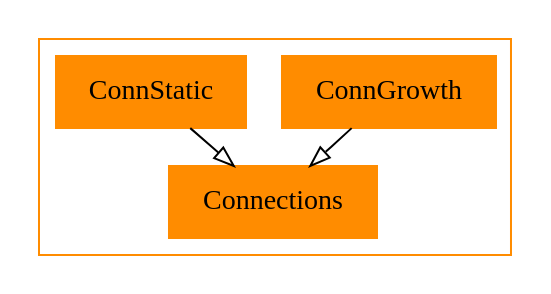
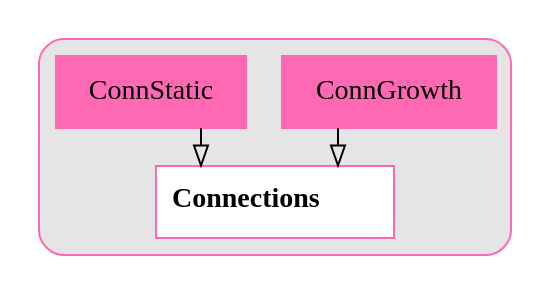
Before and after one commit to UWB-Biocomputing/BrainGrid: the diagram in Tools/DiagramGenerator/ExampleOutputs/dot_subsystems/Connections.dot, drawn with Graphviz. The commit also changed 28 other files, not shown here.

First line of the commit message:
dotGenerator update, new diagrams

```diff
--- a/Tools/DiagramGenerator/ExampleOutputs/dot_subsystems/Connections.dot
+++ b/Tools/DiagramGenerator/ExampleOutputs/dot_subsystems/Connections.dot
@@ -1,31 +1,35 @@
 digraph{
+	 graph [splines=ortho]
 
 	subgraph clusterConnections {
-		color = darkorange
-		node [shape = record, color = darkorange];
+		style = rounded
+		bgcolor = grey90
+		color = hotpink
+		node [shape = record, color = hotpink];
 
 		ConnGrowth[label = ConnGrowth, style = filled];
 		ConnStatic[label = ConnStatic, style = filled];
 		Connections[label = Connections, style = filled];
+		Connections[label =< <B> Connections</B>>, style = bold, fillcolor = white, style = filled];
 
 
 		//------LAYOUT FOR SUBGRAPH------
 
 
 		rankdir = BT; // Rank Direction Bottom to Top
-		nodesep = 0.96; // Node Separation
-		ranksep = 0.96; // Rank Separation
+		nodesep = 1.3; // Node Separation
+		ranksep = 1.3; // Rank Separation
 
 
 		//INHERITANCE//
 
 
 		ConnGrowth -> Connections [arrowhead=empty];
 
 		ConnStatic -> Connections [arrowhead=empty];
 
 
 		//COMPOSITION//
 
 	}//end subgraph Connections
 }//end digraph
```
